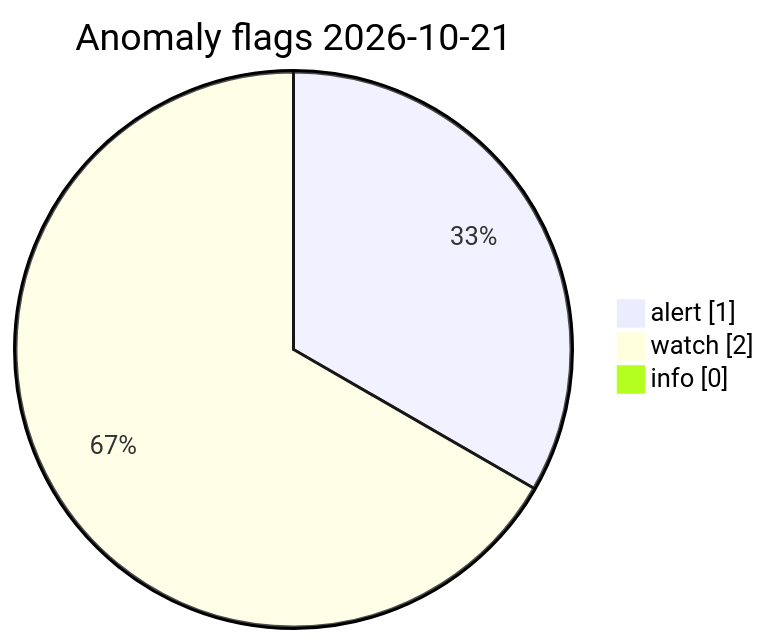
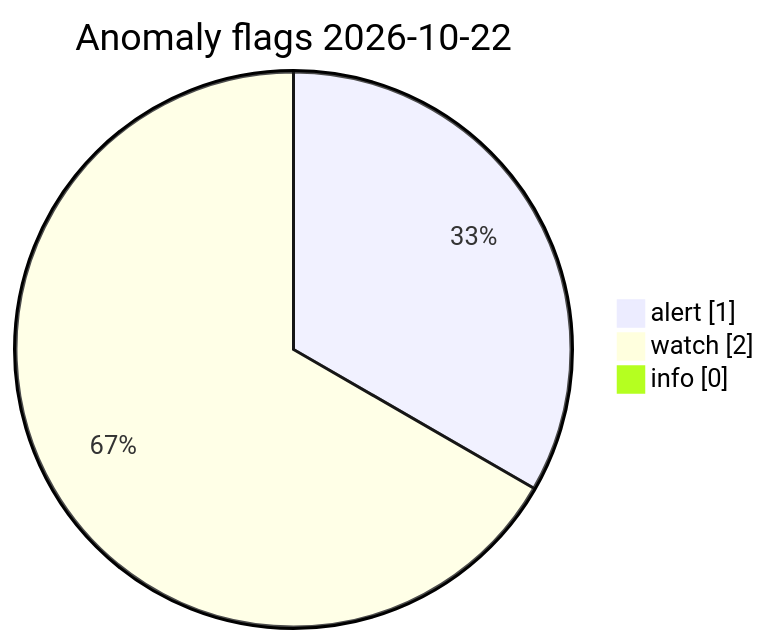
The diagram in visuals/latest/CHARTS.md (Midwest-Stratospheric/Unified-Open-Global-Weather), drawn with Mermaid before and after one commit. The commit also changed other lines of this file and 23 other files, not shown here.

Commit message:
data(visuals): automated charts 2026-10-22T09:45Z

````diff
--- a/visuals/latest/CHARTS.md
+++ b/visuals/latest/CHARTS.md
@@ -73,7 +73,7 @@
 ```mermaid
 pie showData
-  title Anomaly flags 2026-10-21
+  title Anomaly flags 2026-10-22
   "alert" : 1
   "watch" : 2
   "info" : 0
 ```
````
